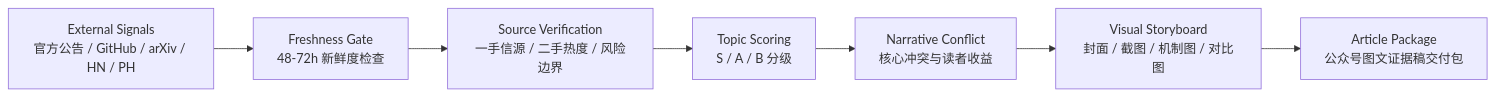
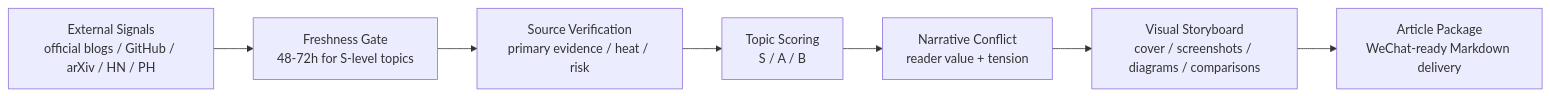
One commit to lokih1028/lokih1028 changed the diagram in README.md. Above: the diagram before and after it, drawn with Mermaid. The commit also changed other lines of this file, not shown here.

````diff
--- a/README.md
+++ b/README.md
@@ -90,9 +137,9 @@
 ```mermaid
 flowchart LR
-    A[External Signals<br/>官方公告 / GitHub / arXiv / HN / PH] --> B[Freshness Gate<br/>48-72h 新鲜度检查]
-    B --> C[Source Verification<br/>一手信源 / 二手热度 / 风险边界]
-    C --> D[Topic Scoring<br/>S / A / B 分级]
-    D --> E[Narrative Conflict<br/>核心冲突与读者收益]
-    E --> F[Visual Storyboard<br/>封面 / 截图 / 机制图 / 对比图]
-    F --> G[Article Package<br/>公众号图文证据稿交付包]
+    A[External Signals<br/>official blogs / GitHub / arXiv / HN / PH] --> B[Freshness Gate<br/>48-72h for S-level topics]
+    B --> C[Source Verification<br/>primary evidence / heat / risk]
+    C --> D[Topic Scoring<br/>S / A / B]
+    D --> E[Narrative Conflict<br/>reader value + tension]
+    E --> F[Visual Storyboard<br/>cover / screenshots / diagrams / comparisons]
+    F --> G[Article Package<br/>WeChat-ready Markdown delivery]
 ```
````
